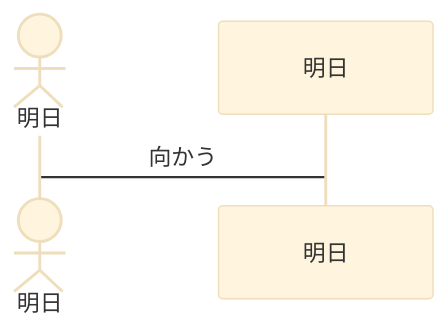
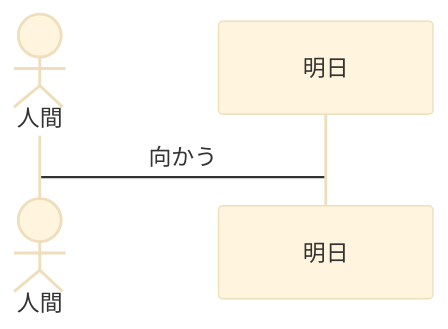
One commit to nekonisi/mermaid changed the first of 6 diagrams in SequenceDiagram.md. Above: the diagram before and after it, drawn with Mermaid (base theme). The commit also changed other lines of this file, not shown here.

Commit message:
typo修正
雑な作業やでぇ

````diff
--- a/SequenceDiagram.md
+++ b/SequenceDiagram.md
@@ -22,9 +22,9 @@
 ```mermaid
 sequenceDiagram　# シーケンス図ですよと宣言
     # 登場人物の宣言
-    Actor human As 明日
+    Actor human As 人間
     participant tomorrow As 明日
 
     # メッセージを書く
     human->tomorrow:向かう
 ```
````
